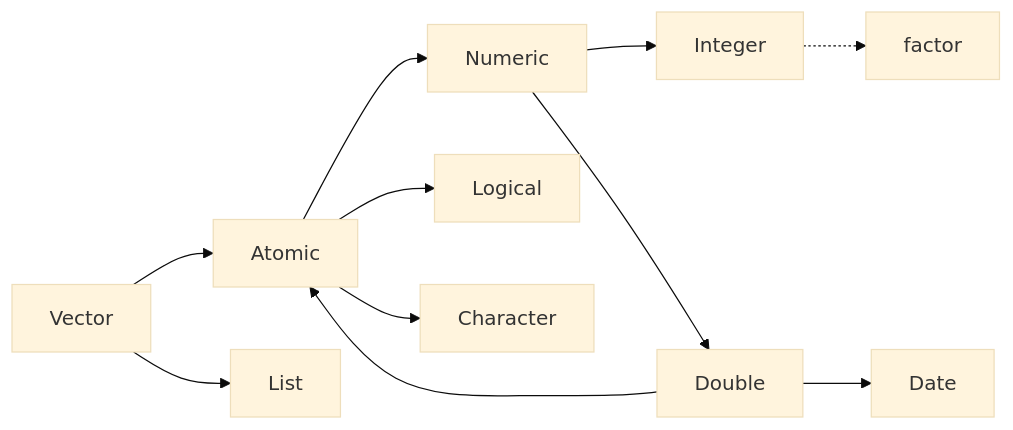
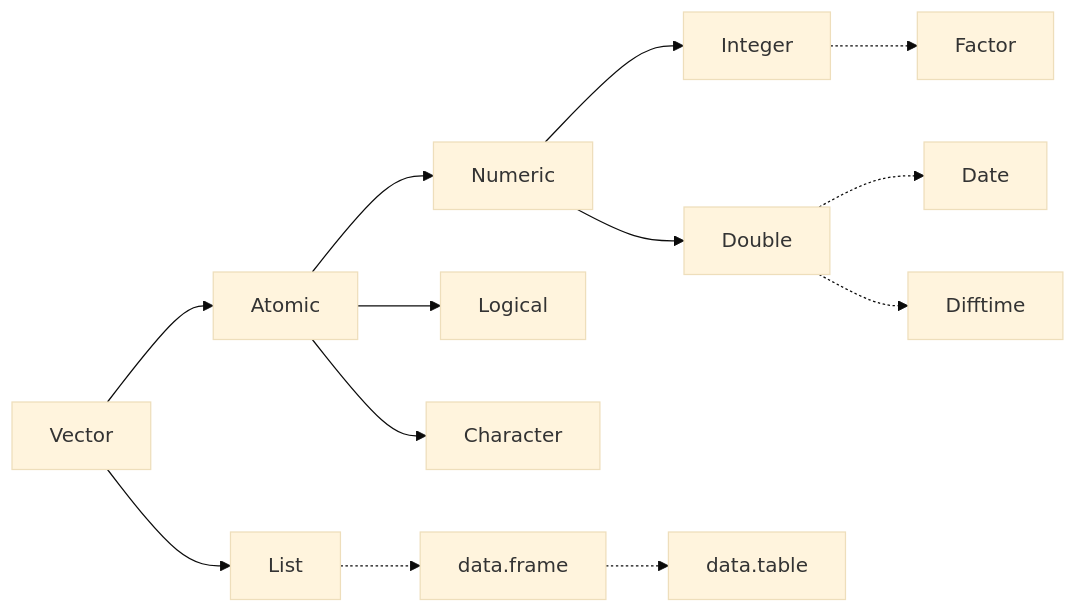
The first of 3 diagrams in 03_vectors_notes.qmd (giorgiacek/advanced_R), drawn with Mermaid (base theme) before and after one commit. The commit also changed other lines of this file and 2 other files, not shown here.

````diff
--- a/03_vectors_notes.qmd
+++ b/03_vectors_notes.qmd
@@ -17,16 +17,18 @@
 ```{mermaid}
 flowchart LR
   Vector --> Atomic
   Atomic --> Numeric
   Numeric --> Integer
-  Integer -.-> factor
+  Integer -.-> Factor
   Numeric --> Double
-  Double --> Date
-  Double --> 
+  Double -.-> Date
+  Double -.-> Difftime
   
   Atomic --> Logical
   Atomic --> Character
   
   Vector --> List
+  List -.-> data.frame
+  data.frame -.-> data.table
 
 ```
````
